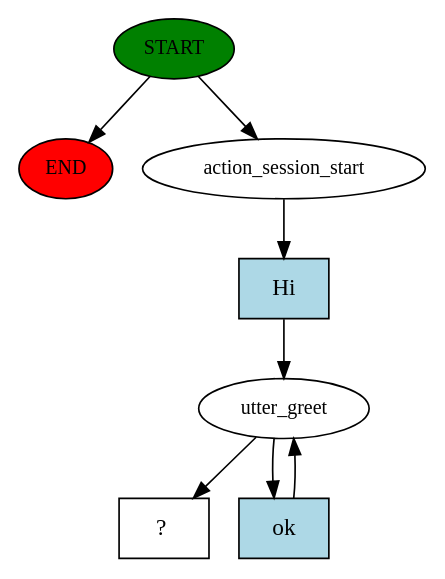
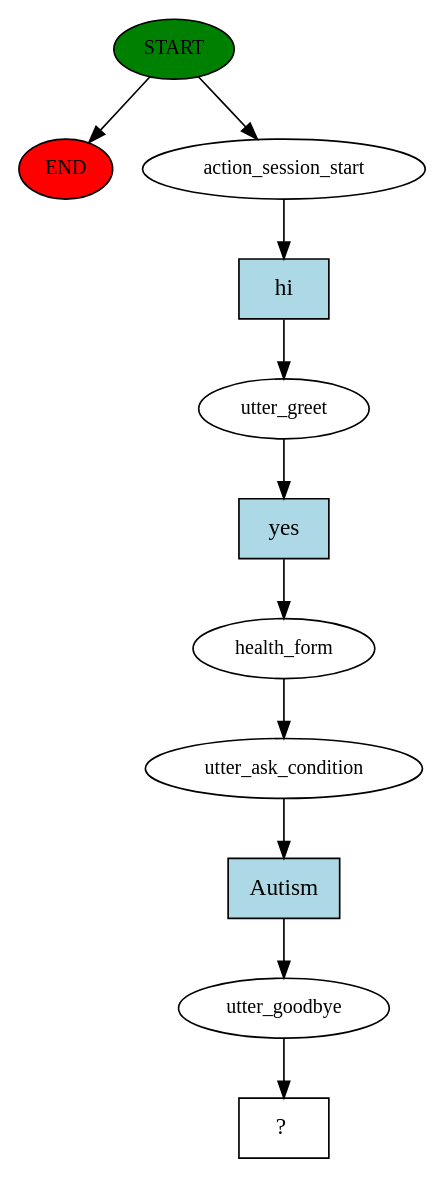
Before and after one commit to hellen17/NutriBot: the diagram in story_graph.dot, drawn with Graphviz. The commit also changed 22 other files, not shown here.

```diff
--- a/story_graph.dot
+++ b/story_graph.dot
@@ -1,16 +1,23 @@
 digraph  {
 0 [class="start active", fillcolor=green, fontsize=12, label=START, style=filled];
 "-1" [class=end, fillcolor=red, fontsize=12, label=END, style=filled];
 1 [class=active, fontsize=12, label=action_session_start];
 2 [class=active, fontsize=12, label=utter_greet];
-4 [class="intent dashed active", label="  ?  ", shape=rect];
-5 [class="intent active", fillcolor=lightblue, label=Hi, shape=rect, style=filled];
-6 [class="intent active", fillcolor=lightblue, label=ok, shape=rect, style=filled];
+3 [class=active, fontsize=12, label=health_form];
+4 [class=active, fontsize=12, label=utter_ask_condition];
+5 [class=active, fontsize=12, label=utter_goodbye];
+6 [class="intent dashed active", label="  ?  ", shape=rect];
+7 [class="intent active", fillcolor=lightblue, label=hi, shape=rect, style=filled];
+8 [class="intent active", fillcolor=lightblue, label=yes, shape=rect, style=filled];
+9 [class="intent active", fillcolor=lightblue, label=Autism, shape=rect, style=filled];
 0 -> "-1"  [class="", key=NONE, label=""];
 0 -> 1  [class=active, key=NONE, label=""];
-1 -> 5  [class=active, key=0];
-2 -> 4  [class=active, key=NONE, label=""];
-2 -> 6  [class=active, key=0];
-5 -> 2  [class=active, key=0];
-6 -> 2  [class=active, key=0];
+1 -> 7  [class=active, key=0];
+2 -> 8  [class=active, key=0];
+3 -> 4  [class=active, key=NONE, label=""];
+4 -> 9  [class=active, key=0];
+5 -> 6  [class=active, key=NONE, label=""];
+7 -> 2  [class=active, key=0];
+8 -> 3  [class=active, key=0];
+9 -> 5  [class=active, key=0];
 }
```
